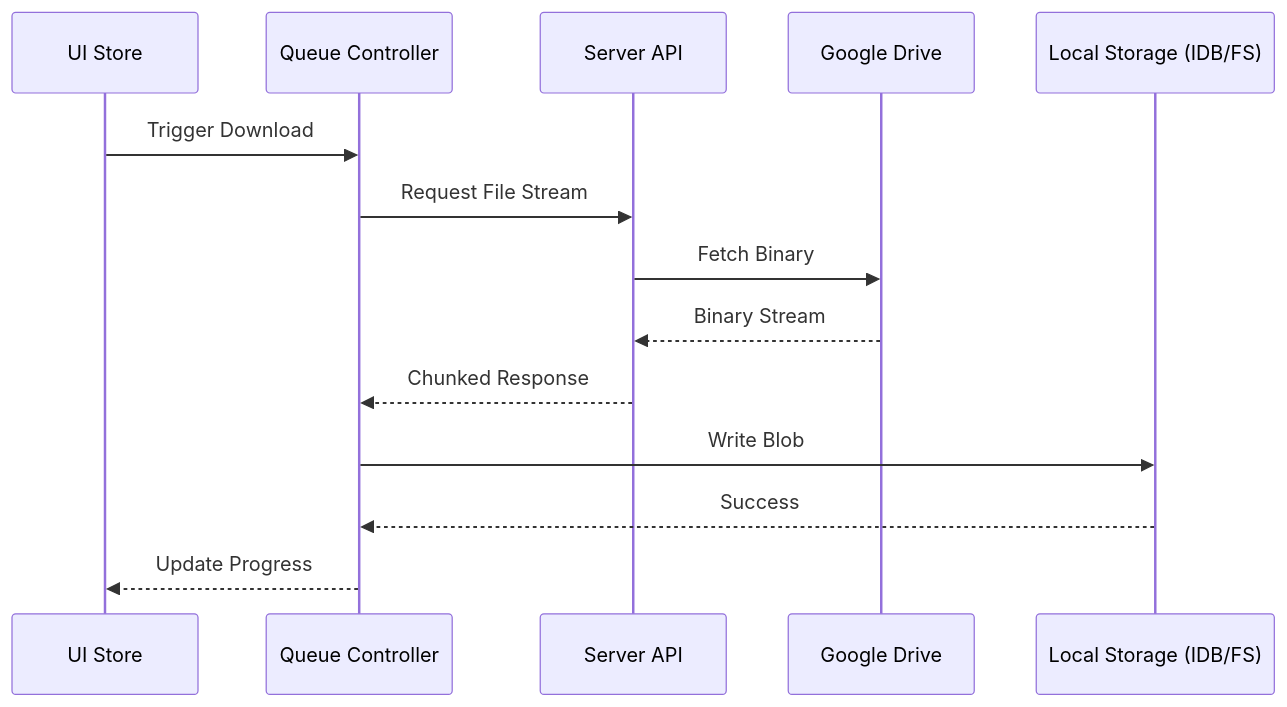
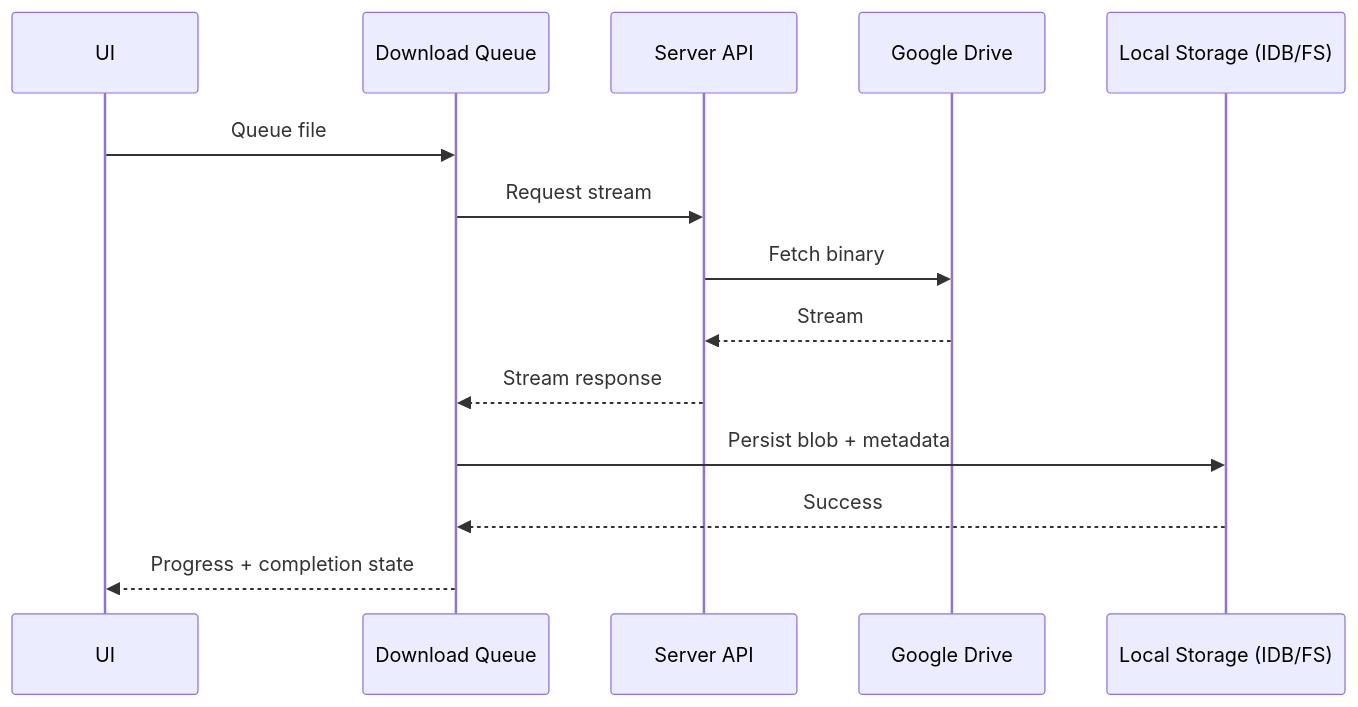
The second of 3 diagrams in ARCHITECTURE.md (SH1SHANK/studytrix), drawn with Mermaid before and after one commit. The commit also changed other lines of this file and 54 other files, not shown here.

````diff
--- a/ARCHITECTURE.md
+++ b/ARCHITECTURE.md
@@ -101,17 +114,17 @@
 ```mermaid
 sequenceDiagram
-    participant UI as UI Store
-    participant QC as Queue Controller
+    participant UI as UI
+    participant Q as Download Queue
     participant API as Server API
     participant DR as Google Drive
-    participant DB as Local Storage (IDB/FS)
+    participant ST as Local Storage (IDB/FS)
 
-    UI->>QC: Trigger Download
-    QC->>API: Request File Stream
-    API->>DR: Fetch Binary
-    DR-->>API: Binary Stream
-    API-->>QC: Chunked Response
-    QC->>DB: Write Blob
-    DB-->>QC: Success
-    QC-->>UI: Update Progress
+    UI->>Q: Queue file
+    Q->>API: Request stream
+    API->>DR: Fetch binary
+    DR-->>API: Stream
+    API-->>Q: Stream response
+    Q->>ST: Persist blob + metadata
+    ST-->>Q: Success
+    Q-->>UI: Progress + completion state
 ```
````
